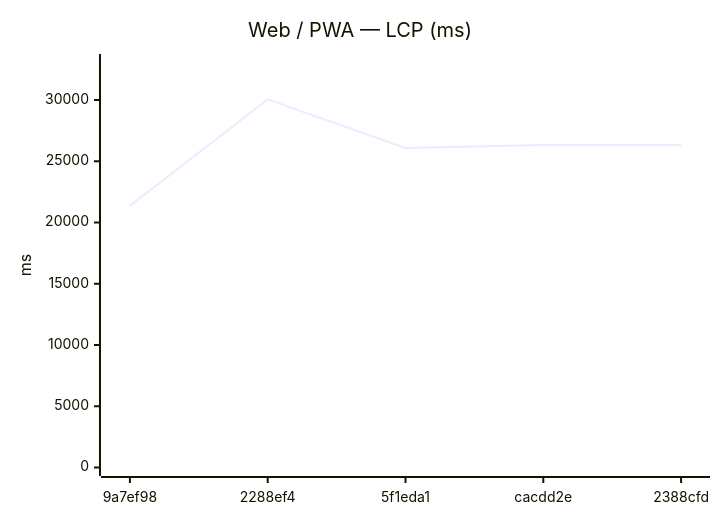
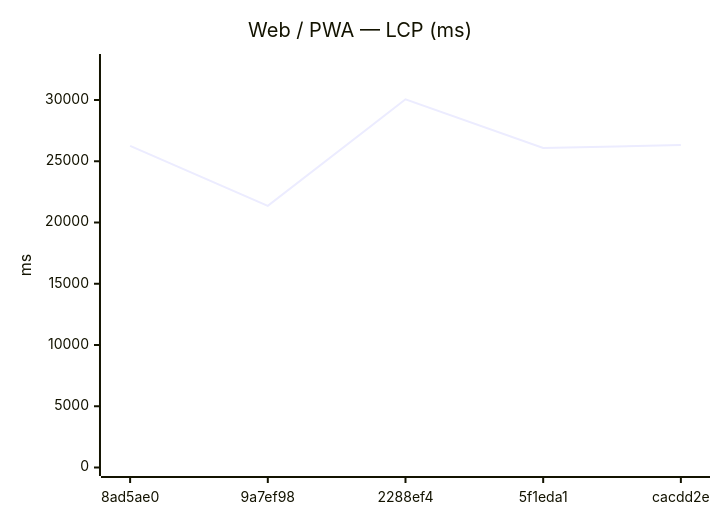
One commit to Metaheurist/Rianell changed the fifth of 12 diagrams in benchmarks/compare.md. Above: the diagram before and after it, drawn with Mermaid. The commit also changed other lines of this file and 8 other files, not shown here.

````diff
--- a/benchmarks/compare.md
+++ b/benchmarks/compare.md
@@ -82,7 +82,7 @@
 ```mermaid
 xychart-beta
     title "Web / PWA — LCP (ms)"
-    x-axis ["9a7ef98", "2288ef4", "5f1eda1", "cacdd2e", "2388cfd"]
+    x-axis ["8ad5ae0", "9a7ef98", "2288ef4", "5f1eda1", "cacdd2e"]
     y-axis "ms" 0 --> 33062
-    line [21355, 30056, 26085, 26327, 26326]
+    line [26251, 21355, 30056, 26085, 26327]
 ```
````
